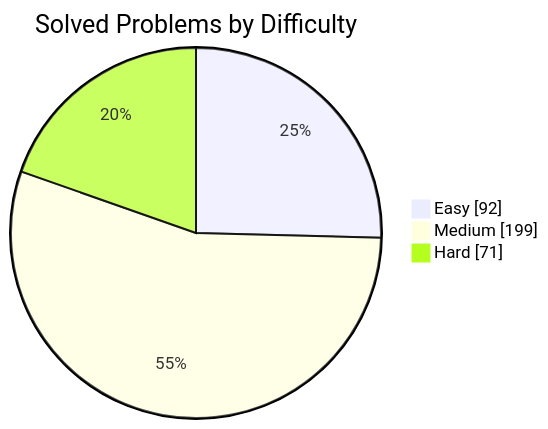
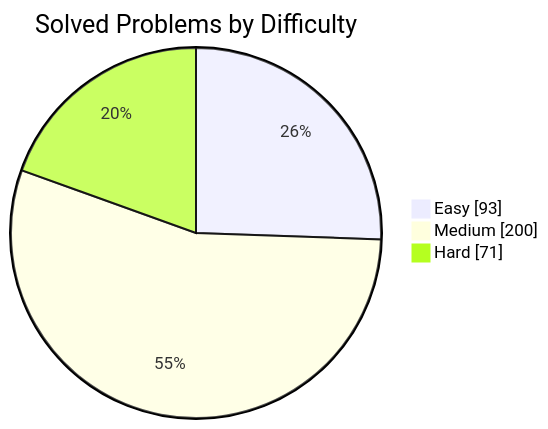
The first of 2 diagrams in README.md (manikantbindass/DSA-Preparation-FAANG), drawn with Mermaid before and after one commit. The commit also changed other lines of this file and 1 other file, not shown here.

````diff
--- a/README.md
+++ b/README.md
@@ -77,7 +77,7 @@
 ```mermaid
 pie showData
     title Solved Problems by Difficulty
-    "Easy" : 92
-    "Medium" : 199
+    "Easy" : 93
+    "Medium" : 200
     "Hard" : 71
 ```
````
